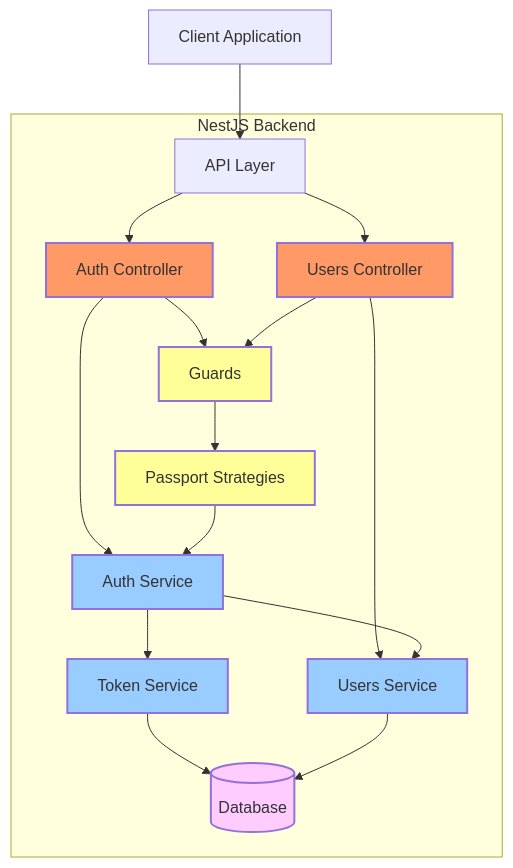
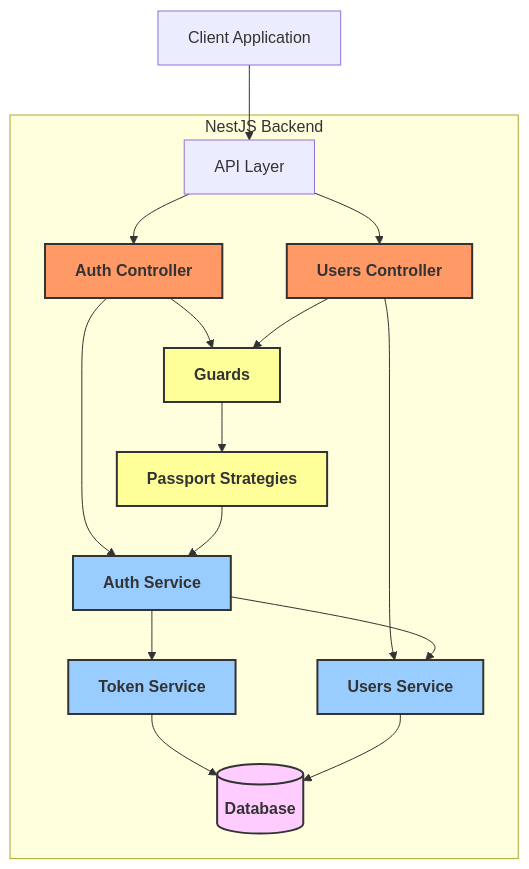
One commit to ezee969/sunnsteel-backend changed the sixth of 6 diagrams in README.md. Above: the diagram before and after it, drawn with Mermaid.

Commit message:
mermaid js fix

````diff
--- a/README.md
+++ b/README.md
@@ -269,35 +269,35 @@
 ```mermaid
 graph TD
     Client[Client Application] --> API[API Layer]
 
     subgraph NestJS Backend
         API --> AuthC[Auth Controller]
         API --> UserC[Users Controller]
 
         AuthC --> AuthS[Auth Service]
         UserC --> UserS[Users Service]
 
         AuthS --> TokenS[Token Service]
         AuthS --> UserS
 
         TokenS --> DB[(Database)]
         UserS --> DB
 
         AuthC --> Guards[Guards]
         UserC --> Guards
 
         Guards --> Strategies[Passport Strategies]
         Strategies --> AuthS
     end
 
-    classDef controllers fill:#f96,stroke:#black,stroke-width:2px
-    classDef services fill:#9cf,stroke:#black,stroke-width:2px
-    classDef database fill:#fcf,stroke:#black,stroke-width:2px
-    classDef middleware fill:#ff9,stroke:#black,stroke-width:2px
+    classDef controllers fill:#f96,stroke:#333,stroke-width:2px,font-weight:bold
+    classDef services fill:#9cf,stroke:#333,stroke-width:2px,font-weight:bold
+    classDef database fill:#fcf,stroke:#333,stroke-width:2px,font-weight:bold
+    classDef middleware fill:#ff9,stroke:#333,stroke-width:2px,font-weight:bold
 
     class AuthC,UserC controllers
     class AuthS,UserS,TokenS services
     class DB database
     class Guards,Strategies middleware
 
 ```
````
